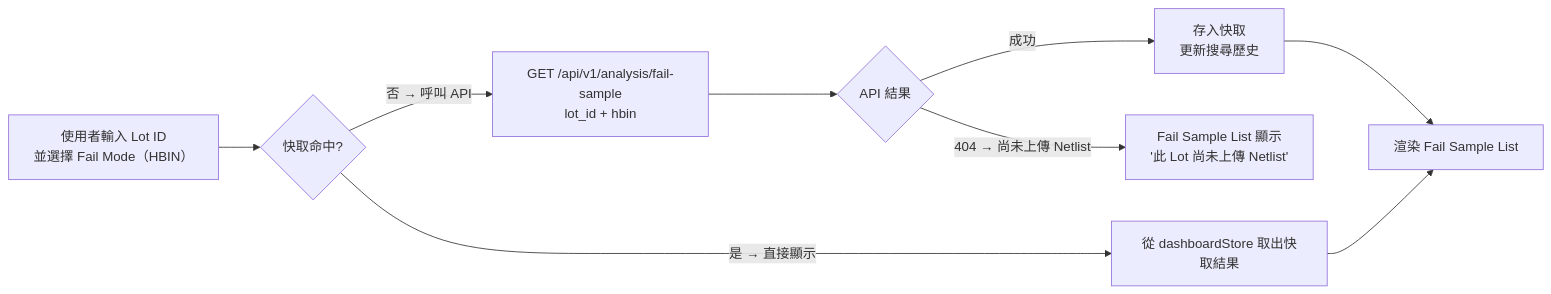
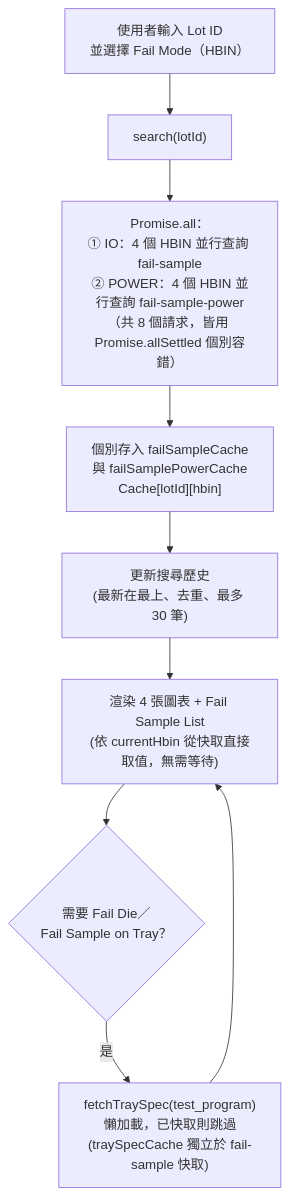
One commit to fiveflower0130/act_data_analysis_website changed the sixth of 12 diagrams in docs/reports/20260611_ACT-Frontend-Report.md. Above: the diagram before and after it, drawn with Mermaid. The commit also changed other lines of this file and 8 other files, not shown here.

````diff
--- a/docs/reports/20260611_ACT-Frontend-Report.md
+++ b/docs/reports/20260611_ACT-Frontend-Report.md
@@ -320,11 +338,12 @@
 ```mermaid
-flowchart LR
-    A["使用者輸入 Lot ID\n並選擇 Fail Mode（HBIN）"] --> B{快取命中?}
-    B -->|是 → 直接顯示| C["從 dashboardStore 取出快取結果"]
-    B -->|否 → 呼叫 API| D["GET /api/v1/analysis/fail-sample\nlot_id + hbin"]
-    D --> E{API 結果}
-    E -->|404 → 尚未上傳 Netlist| F["Fail Sample List 顯示\n'此 Lot 尚未上傳 Netlist'"]
-    E -->|成功| G["存入快取\n更新搜尋歷史"]
-    G --> H["渲染 Fail Sample List"]
-    C --> H
+flowchart TD
+    A["使用者輸入 Lot ID\n並選擇 Fail Mode（HBIN）"] --> B["search(lotId)"]
+    B --> C["Promise.all：\n① IO：4 個 HBIN 並行查詢 fail-sample\n② POWER：4 個 HBIN 並行查詢 fail-sample-power\n（共 8 個請求，皆用 Promise.allSettled 個別容錯）"]
+    C --> D["個別存入 failSampleCache\n與 failSamplePowerCache\nCache[lotId][hbin]"]
+    D --> E["更新搜尋歷史\n(最新在最上、去重、最多 30 筆)"]
+    E --> F["渲染 4 張圖表 + Fail Sample List\n(依 currentHbin 從快取直接取值，無需等待)"]
+
+    F --> G{"需要 Fail Die／\nFail Sample on Tray？"}
+    G -->|是| H["fetchTraySpec(test_program)\n懶加載，已快取則跳過\n(traySpecCache 獨立於 fail-sample 快取)"]
+    H --> F
 ```
````
